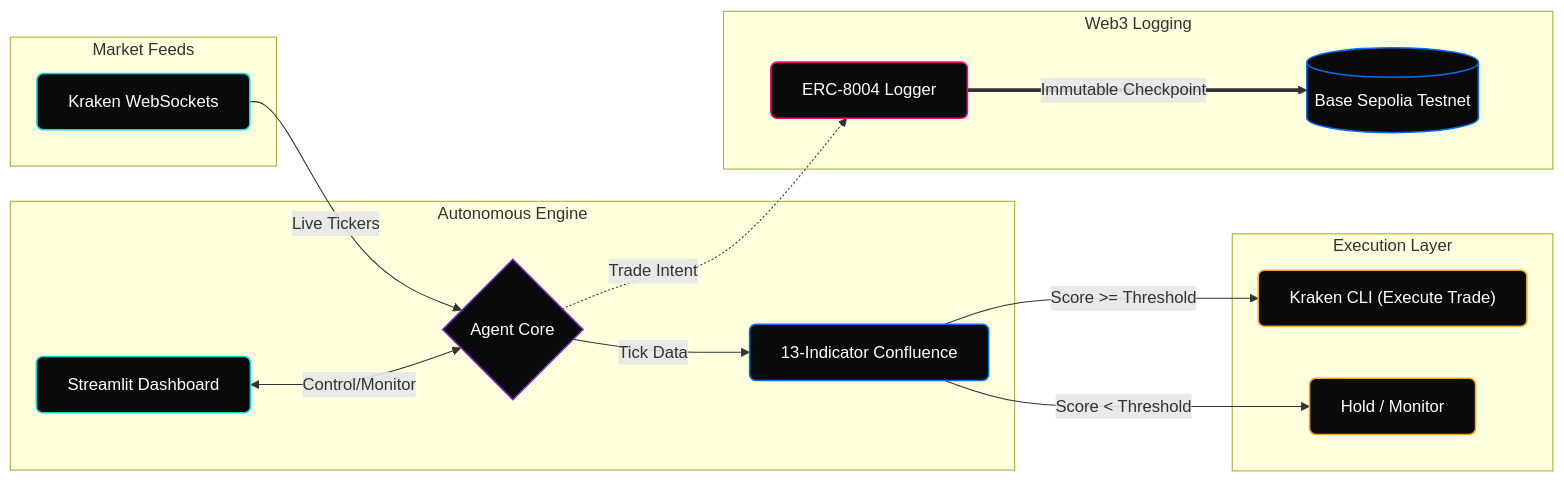
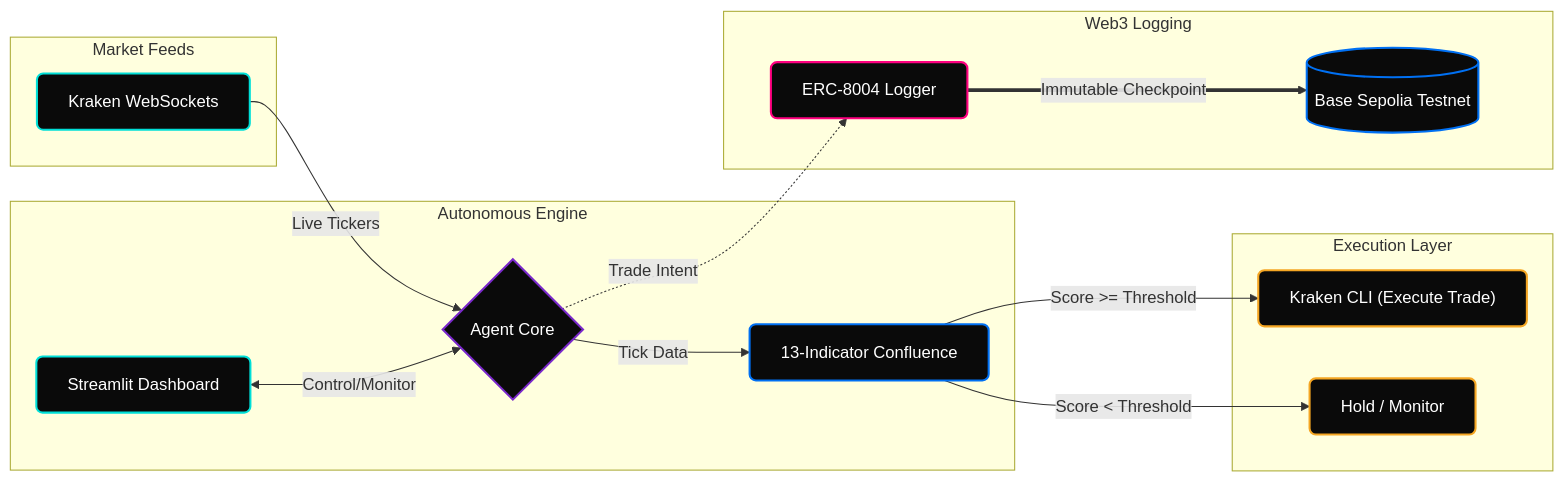
Before and after one commit to shashankrpatil077-ctrl/Street_07: the diagram in README.md, drawn with Mermaid.

Commit message:
fix: Integer stroke-widths

````diff
--- a/README.md
+++ b/README.md
@@ -54,42 +54,42 @@
 ```mermaid
 graph LR
-    classDef data fill:#0A0A0A,stroke:#00DFD8,stroke-width:1.5px,color:#FFFFFF,rx:6,ry:6
-    classDef brain fill:#0A0A0A,stroke:#7928CA,stroke-width:1.5px,color:#FFFFFF,rx:6,ry:6
-    classDef logic fill:#0A0A0A,stroke:#0070F3,stroke-width:1.5px,color:#FFFFFF,rx:6,ry:6
-    classDef action fill:#0A0A0A,stroke:#F5A623,stroke-width:1.5px,color:#FFFFFF,rx:6,ry:6
-    classDef onchain fill:#0A0A0A,stroke:#FF0080,stroke-width:1.5px,color:#FFFFFF,rx:6,ry:6
-    classDef db fill:#0A0A0A,stroke:#0070F3,stroke-width:1.5px,color:#FFFFFF
+    classDef data fill:#0A0A0A,stroke:#00DFD8,stroke-width:2px,color:#FFFFFF,rx:6,ry:6
+    classDef brain fill:#0A0A0A,stroke:#7928CA,stroke-width:2px,color:#FFFFFF,rx:6,ry:6
+    classDef logic fill:#0A0A0A,stroke:#0070F3,stroke-width:2px,color:#FFFFFF,rx:6,ry:6
+    classDef action fill:#0A0A0A,stroke:#F5A623,stroke-width:2px,color:#FFFFFF,rx:6,ry:6
+    classDef onchain fill:#0A0A0A,stroke:#FF0080,stroke-width:2px,color:#FFFFFF,rx:6,ry:6
+    classDef db fill:#0A0A0A,stroke:#0070F3,stroke-width:2px,color:#FFFFFF
 
     subgraph Inputs["Market Feeds"]
         A["Kraken WebSockets"]:::data
     end
     
     subgraph Core["Autonomous Engine"]
         B{"Agent Core"}:::brain
         C["13-Indicator Confluence"]:::logic
         H["Streamlit Dashboard"]:::data
     end
     
     subgraph Execution["Execution Layer"]
         D["Kraken CLI (Execute Trade)"]:::action
         E["Hold / Monitor"]:::action
     end
     
     subgraph Blockchain["Web3 Logging"]
         F["ERC-8004 Logger"]:::onchain
         G[("Base Sepolia Testnet")]:::db
     end
 
     %% Flow
     A -->|Live Tickers| B
     H <-->|Control/Monitor| B
     B -->|Tick Data| C
     
     %% Logic branching
     C -->|Score >= Threshold| D
     C -->|Score < Threshold| E
     
     %% Blockchain logging
     B -.->|Trade Intent| F
     F ==>|Immutable Checkpoint| G
 ```
````
